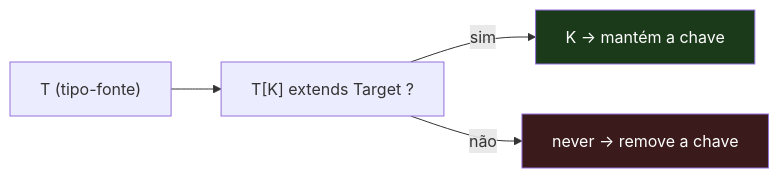
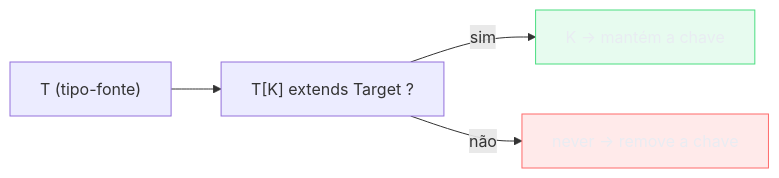
Before and after one commit to josenaldo/codex-technomanticus: the fourth of 5 diagrams in 03-Dominios/Tecnologia/TypeScript/16 - Mapped types e key remapping.md, drawn with Mermaid. The commit also changed other lines of this file and 1181 other files, not shown here.

First line of the commit message:
fix(diagramas): paleta do sistema no lugar de cor cravada no markdown

````diff
--- a/03-Dominios/Tecnologia/TypeScript/16 - Mapped types e key remapping.md
+++ b/03-Dominios/Tecnologia/TypeScript/16 - Mapped types e key remapping.md
@@ -360,14 +364,16 @@
 ```mermaid
 flowchart LR
+    classDef ok fill:#4ADE8021,stroke:#4ADE80,color:#E9ECF2
+    classDef falha fill:#FF6B6B24,stroke:#FF6B6B,color:#E9ECF2
     T["T (tipo-fonte)"]
     COND["T[K] extends Target ?"]
     K_YES["K → mantém a chave"]
     NEVER["never → remove a chave"]
 
     T --> COND
     COND -- "sim" --> K_YES
     COND -- "não" --> NEVER
 
-    style K_YES fill:#1a3a1a,color:#fff
-    style NEVER fill:#3a1a1a,color:#fff
+    class K_YES ok
+    class NEVER falha
 ```
````
